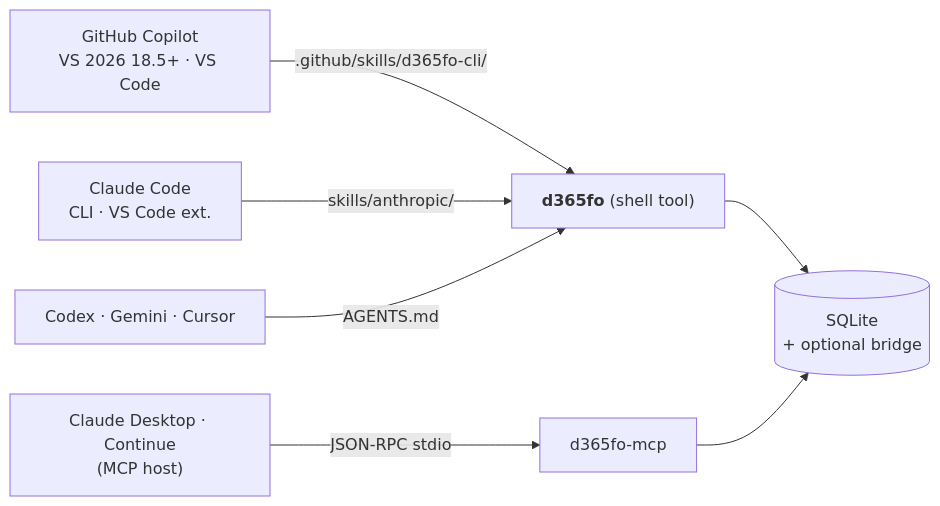
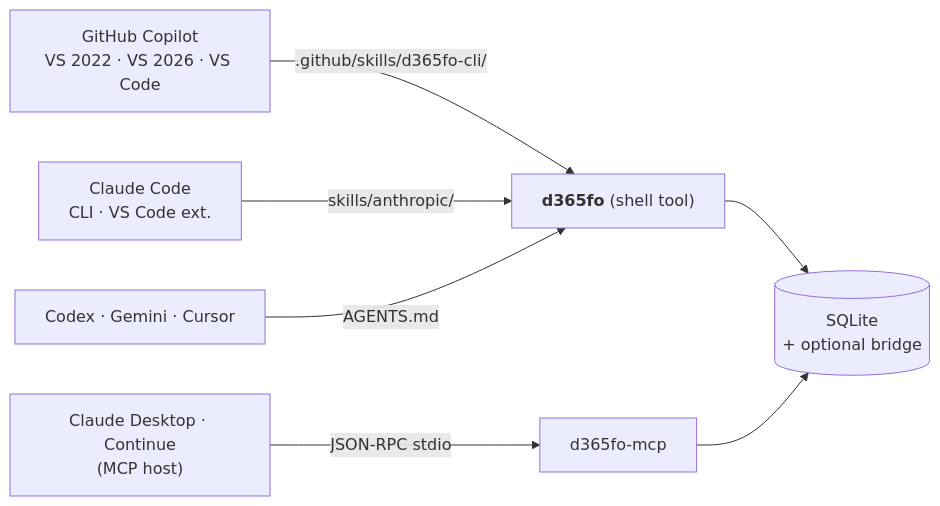
The second of 2 diagrams in docs/SETUP.md (dynamics365ninja/d365fo-cli), drawn with Mermaid before and after one commit. The commit also changed other lines of this file and 4 other files, not shown here.

````diff
--- a/docs/SETUP.md
+++ b/docs/SETUP.md
@@ -178,9 +178,9 @@
 ```mermaid
 flowchart LR
-    Cop["GitHub Copilot<br/>VS 2026 18.5+ · VS Code"] -->|.github/skills/d365fo-cli/| Bin
+    Cop["GitHub Copilot<br/>VS 2022 · VS 2026 · VS Code"] -->|.github/skills/d365fo-cli/| Bin
     Cla["Claude Code<br/>CLI · VS Code ext."]     -->|skills/anthropic/| Bin
     Other["Codex · Gemini · Cursor"]              -->|AGENTS.md| Bin
     Mcp["Claude Desktop · Continue<br/>(MCP host)"] -->|JSON-RPC stdio| Mbin["d365fo-mcp"]
     Bin["<b>d365fo</b> (shell tool)"] --> Idx[("SQLite<br/>+ optional bridge")]
     Mbin --> Idx
 ```
````
